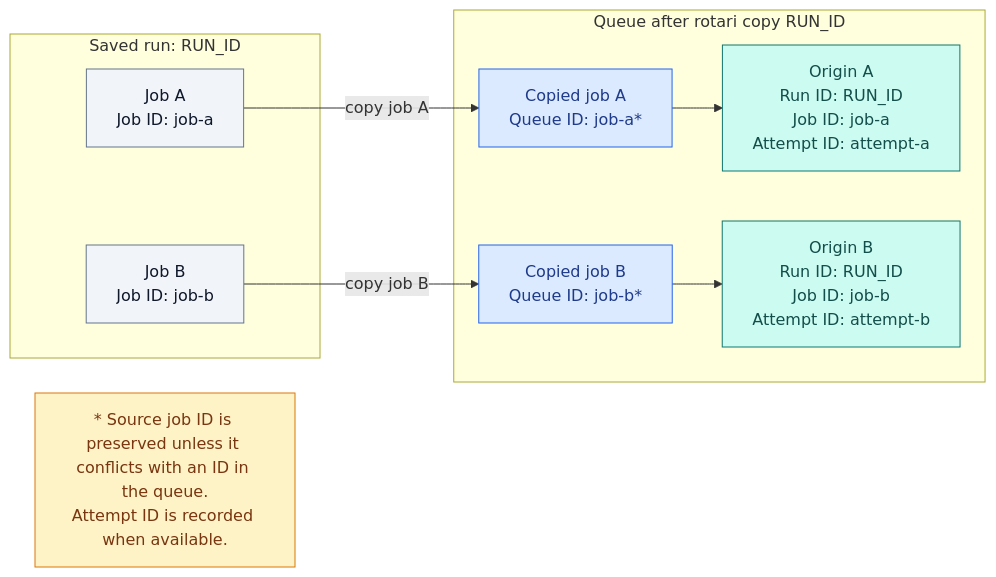
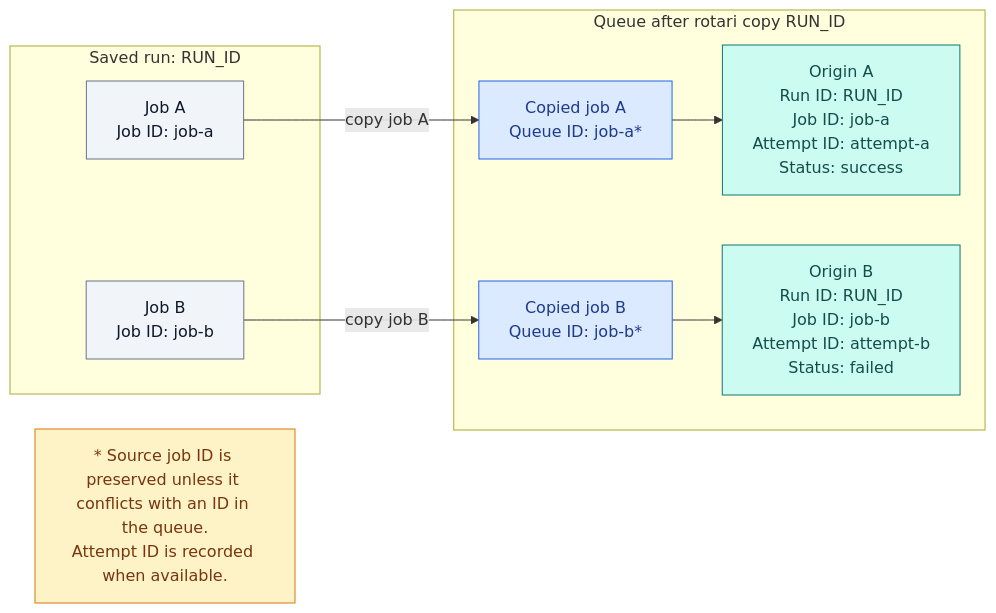
The first of 4 diagrams in docs/RUNNING.md (kamo-naoyuki/rotari), drawn with Mermaid before and after one commit. The commit also changed other lines of this file, not shown here.

Commit message:
docs: show copied job status in origin mapping

````diff
--- a/docs/RUNNING.md
+++ b/docs/RUNNING.md
@@ -165,30 +166,30 @@
 ```mermaid
 flowchart LR
   subgraph SavedRun["Saved run: RUN_ID"]
     SourceA["Job A<br/>Job ID: job-a"]
     SourceB["Job B<br/>Job ID: job-b"]
   end
 
   subgraph CurrentQueue["Queue after rotari copy RUN_ID"]
     CopiedA["Copied job A<br/>Queue ID: job-a*"]
-    OriginA["Origin A<br/>Run ID: RUN_ID<br/>Job ID: job-a<br/>Attempt ID: attempt-a"]
+    OriginA["Origin A<br/>Run ID: RUN_ID<br/>Job ID: job-a<br/>Attempt ID: attempt-a<br/>Status: success"]
     CopiedB["Copied job B<br/>Queue ID: job-b*"]
-    OriginB["Origin B<br/>Run ID: RUN_ID<br/>Job ID: job-b<br/>Attempt ID: attempt-b"]
+    OriginB["Origin B<br/>Run ID: RUN_ID<br/>Job ID: job-b<br/>Attempt ID: attempt-b<br/>Status: failed"]
     CopiedA --> OriginA
     CopiedB --> OriginB
   end
 
   SourceA -->|"copy job A"| CopiedA
   SourceB -->|"copy job B"| CopiedB
 
   Note["* Source job ID is preserved unless it conflicts with an ID in the queue.<br/>Attempt ID is recorded when available."]
 
   classDef source fill:#f1f5f9,stroke:#64748b,color:#0f172a
   classDef queue fill:#dbeafe,stroke:#2563eb,color:#1e3a8a
   classDef origin fill:#ccfbf1,stroke:#0f766e,color:#134e4a
   classDef note fill:#fef3c7,stroke:#d97706,color:#78350f
   class SourceA,SourceB source
   class CopiedA,CopiedB queue
   class OriginA,OriginB origin
   class Note note
 ```
````
